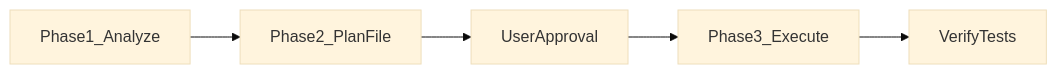
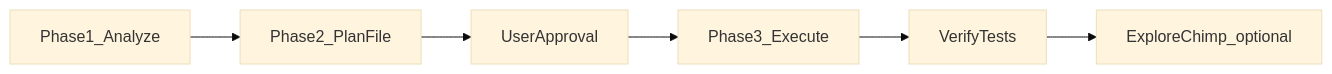
The diagram in references/evolve-coverage.md (testchimphq/testchimp-skills), drawn with Mermaid (base theme) before and after one commit. The commit also changed other lines of this file and 7 other files, not shown here.

````diff
--- a/references/evolve-coverage.md
+++ b/references/evolve-coverage.md
@@ -32,12 +32,14 @@
 ```mermaid
 flowchart LR
   analyze[Phase1_Analyze]
   planFile[Phase2_PlanFile]
   approval[UserApproval]
   execute[Phase3_Execute]
   verify[VerifyTests]
+  explore[ExploreChimp_optional]
   analyze --> planFile
   planFile --> approval
   approval --> execute
   execute --> verify
+  verify --> explore
 ```
````
